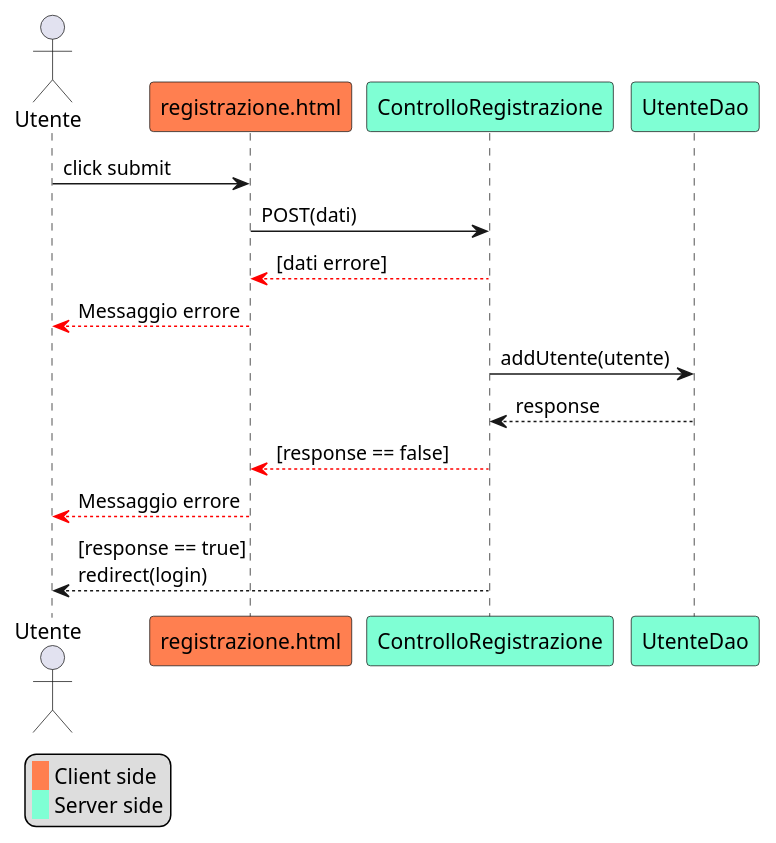
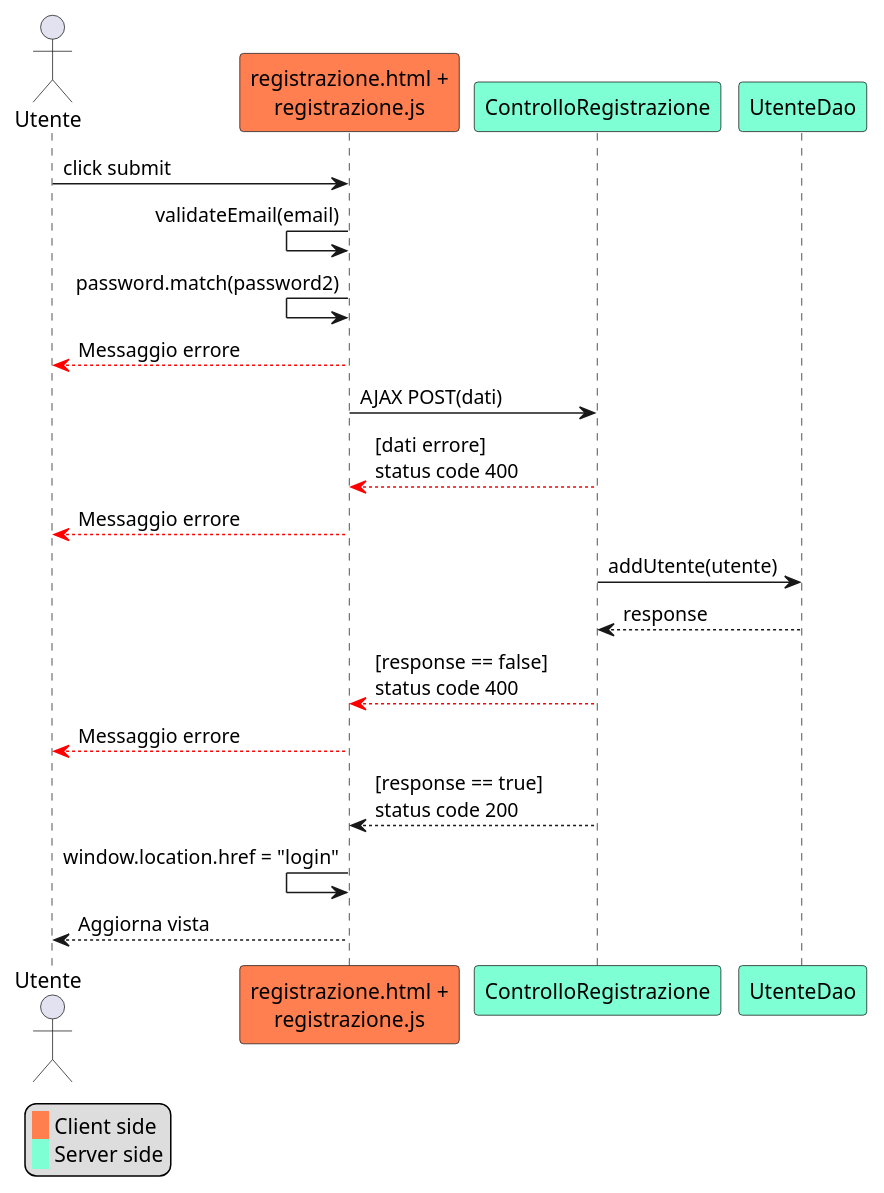
Before and after one commit to jonnysciar/TIW_Project: the diagram in doc/sequence_diagrams/JS/regisrazioneJS.puml, drawn with PlantUML. The commit also changed 8 other files, not shown here.

Commit message:
JS sequence diagram complete

```diff
--- a/doc/sequence_diagrams/JS/regisrazioneJS.puml
+++ b/doc/sequence_diagrams/JS/regisrazioneJS.puml
@@ -1,22 +1,27 @@
 @startuml
 legend left
  <back:#coral>   </back> Client side
  <back:#aquamarine>   </back> Server side
 endlegend
 
 actor Utente as utente
 skinparam ParticipantBackgroundColor coral
-participant "registrazione.html" as registrazione
+participant "registrazione.html +\nregistrazione.js" as registrazione
 
 utente -> registrazione: click submit
 
 skinparam ParticipantBackgroundColor aquamarine
-registrazione -> ControlloRegistrazione: POST(dati)
-ControlloRegistrazione -[#red]-> registrazione: [dati errore]
+registrazione <- registrazione: validateEmail(email)
+registrazione <- registrazione: password.match(password2)
+registrazione -[#red]-> utente: Messaggio errore
+registrazione -> ControlloRegistrazione: AJAX POST(dati)
+ControlloRegistrazione -[#red]-> registrazione: [dati errore]\nstatus code 400
 registrazione -[#red]-> utente: Messaggio errore
 ControlloRegistrazione -> UtenteDao: addUtente(utente)
 UtenteDao --> ControlloRegistrazione: response
-ControlloRegistrazione -[#red]-> registrazione: [response == false]
+ControlloRegistrazione -[#red]-> registrazione: [response == false]\nstatus code 400
 registrazione -[#red]-> utente: Messaggio errore
-ControlloRegistrazione --> utente: [response == true]\nredirect(login)
+ControlloRegistrazione --> registrazione: [response == true]\nstatus code 200
+registrazione <- registrazione: window.location.href = "login"
+registrazione --> utente: Aggiorna vista
 @enduml
```
